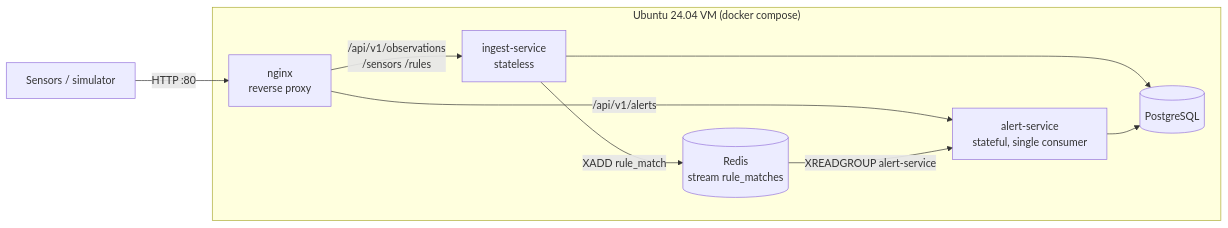
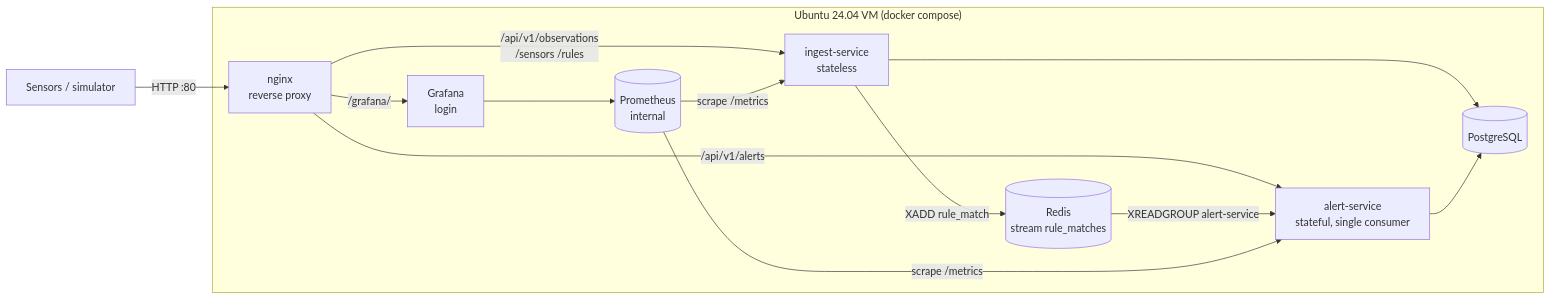
One commit to reutyadid/rf-alert-manager changed the first of 5 diagrams in ARCHITECTURE.md. Above: the diagram before and after it, drawn with Mermaid. The commit also changed other lines of this file and 2 other files, not shown here.

Commit message:
docs: observability (DECISIONS 12), Grafana in README and ARCHITECTURE
Claude-Session: https://claude.ai/code/session_01HYvdjuLvtZKCbo8ZjUULSo

````diff
--- a/ARCHITECTURE.md
+++ b/ARCHITECTURE.md
@@ -7,17 +7,21 @@
 ```mermaid
 flowchart LR
     sim[Sensors / simulator] -->|HTTP :80| nginx
     subgraph VM["Ubuntu 24.04 VM (docker compose)"]
         nginx[nginx<br/>reverse proxy]
         ingest[ingest-service<br/>stateless]
         alert[alert-service<br/>stateful, single consumer]
         redis[(Redis<br/>stream rule_matches)]
         pg[(PostgreSQL)]
         nginx -->|/api/v1/observations<br/>/sensors /rules| ingest
         nginx -->|/api/v1/alerts| alert
         ingest -->|XADD rule_match| redis
         redis -->|XREADGROUP alert-service| alert
         ingest --> pg
         alert --> pg
+        prom[(Prometheus<br/>internal)] -->|scrape /metrics| ingest
+        prom -->|scrape /metrics| alert
+        nginx -->|/grafana/| grafana[Grafana<br/>login]
+        grafana --> prom
     end
 ```
````
